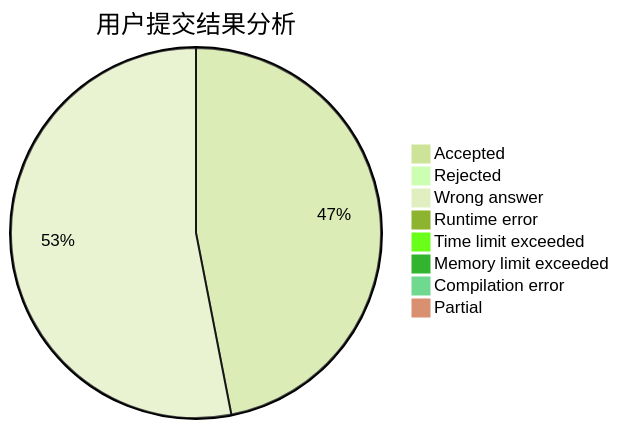
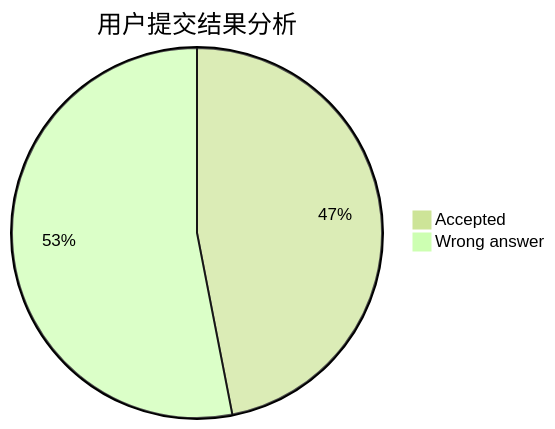
One commit to sherpahu/cfrs.github.io changed the first of 3 diagrams in docs/user/u2733.md. Above: the diagram before and after it, drawn with Mermaid (forest theme). The commit also changed 2770 other files, not shown here.

````diff
--- a/docs/user/u2733.md
+++ b/docs/user/u2733.md
@@ -5,11 +5,5 @@
 ```mermaid
 pie title 用户提交结果分析
     "Accepted" :  23
-    "Rejected" :  0
     "Wrong answer" :  26
-    "Runtime error" :  0
-    "Time limit exceeded" :  0
-    "Memory limit exceeded" :  0
-    "Compilation error" :  0
-    "Partial" :  0
 ```
````
